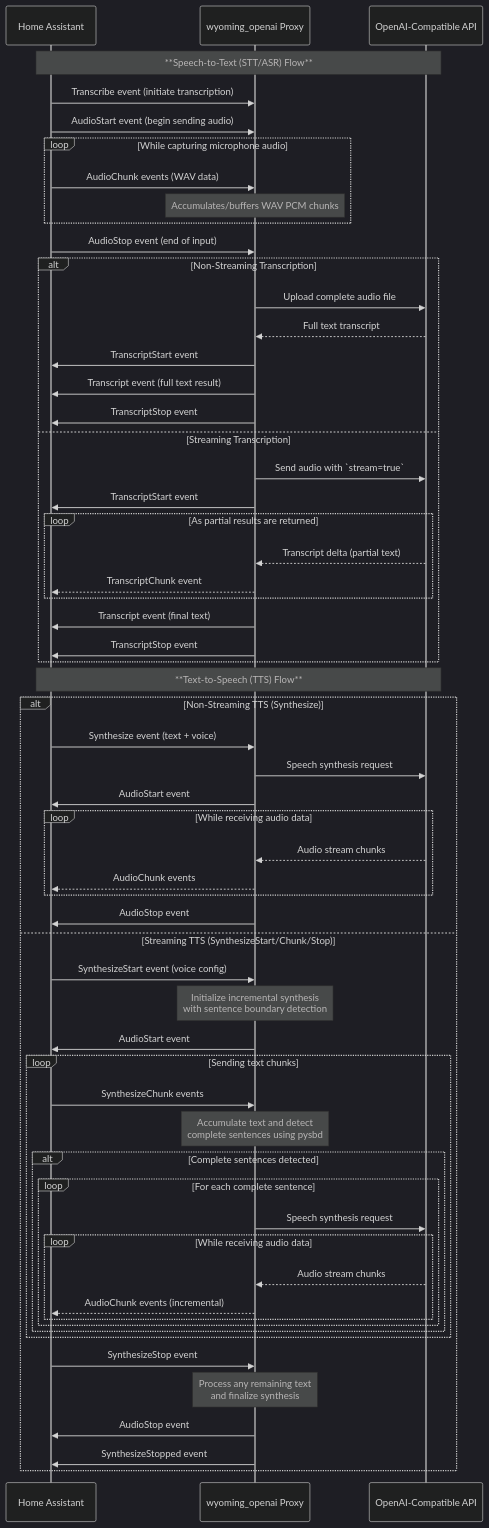
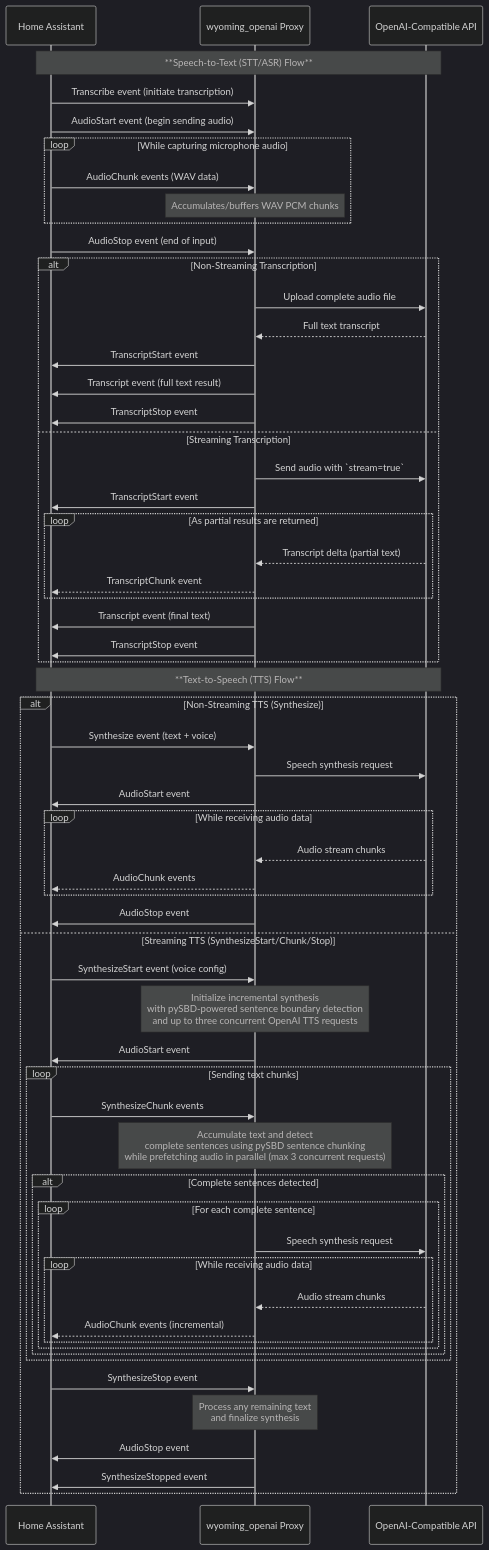
Before and after one commit to roryeckel/wyoming_openai: the first of 2 diagrams in README.md, drawn with Mermaid (dark theme). The commit also changed other lines of this file and 5 other files, not shown here.

First line of the commit message:
Replace client_lock with concurrent TTS streaming pipeline

````diff
--- a/README.md
+++ b/README.md
@@ -339,66 +339,66 @@
 ```mermaid
 sequenceDiagram
   participant HA as Home Assistant
   participant WY as wyoming_openai Proxy
   participant OAPI as OpenAI-Compatible API
   
   Note over HA,OAPI: **Speech-to-Text (STT/ASR) Flow**
   HA->>WY: Transcribe event (initiate transcription)
   HA->>WY: AudioStart event (begin sending audio)
   loop While capturing microphone audio
     HA->>WY: AudioChunk events (WAV data)
     Note over WY: Accumulates/buffers WAV PCM chunks
   end
   HA->>WY: AudioStop event (end of input)
   
   alt Non-Streaming Transcription
     WY->>OAPI: Upload complete audio file
     OAPI-->>WY: Full text transcript
     WY->>HA: TranscriptStart event
     WY->>HA: Transcript event (full text result)
     WY->>HA: TranscriptStop event
   else Streaming Transcription
     WY->>OAPI: Send audio with `stream=true`
     WY->>HA: TranscriptStart event
     loop As partial results are returned
       OAPI-->>WY: Transcript delta (partial text)
       WY-->>HA: TranscriptChunk event
     end
     WY->>HA: Transcript event (final text)
     WY->>HA: TranscriptStop event
   end
   
   Note over HA,OAPI: **Text-to-Speech (TTS) Flow**
   
   alt Non-Streaming TTS (Synthesize)
     HA->>WY: Synthesize event (text + voice)
     WY->>OAPI: Speech synthesis request
     WY->>HA: AudioStart event
     loop While receiving audio data
       OAPI-->>WY: Audio stream chunks
       WY-->>HA: AudioChunk events
     end
     WY->>HA: AudioStop event
   else Streaming TTS (SynthesizeStart/Chunk/Stop)
     HA->>WY: SynthesizeStart event (voice config)
-    Note over WY: Initialize incremental synthesis<br/>with sentence boundary detection
+    Note over WY: Initialize incremental synthesis<br/>with pySBD-powered sentence boundary detection<br/>and up to three concurrent OpenAI TTS requests
     WY->>HA: AudioStart event
     loop Sending text chunks
       HA->>WY: SynthesizeChunk events
-      Note over WY: Accumulate text and detect<br/>complete sentences using pysbd
+      Note over WY: Accumulate text and detect<br/>complete sentences using pySBD sentence chunking<br/>while prefetching audio in parallel (max 3 concurrent requests)
       alt Complete sentences detected
         loop For each complete sentence
           WY->>OAPI: Speech synthesis request
           loop While receiving audio data
             OAPI-->>WY: Audio stream chunks
             WY-->>HA: AudioChunk events (incremental)
           end
         end
       end
     end
     HA->>WY: SynthesizeStop event
     Note over WY: Process any remaining text<br/>and finalize synthesis
     WY->>HA: AudioStop event
     WY->>HA: SynthesizeStopped event
   end
 ```
````
